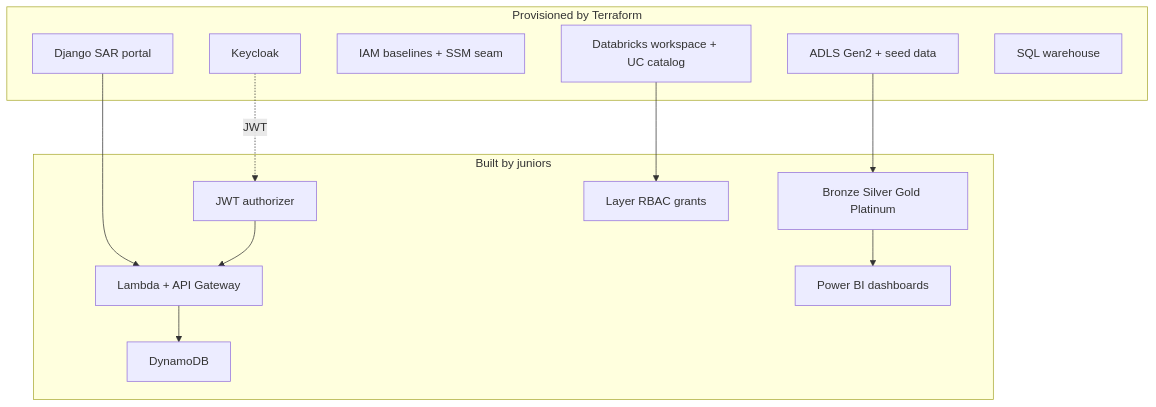
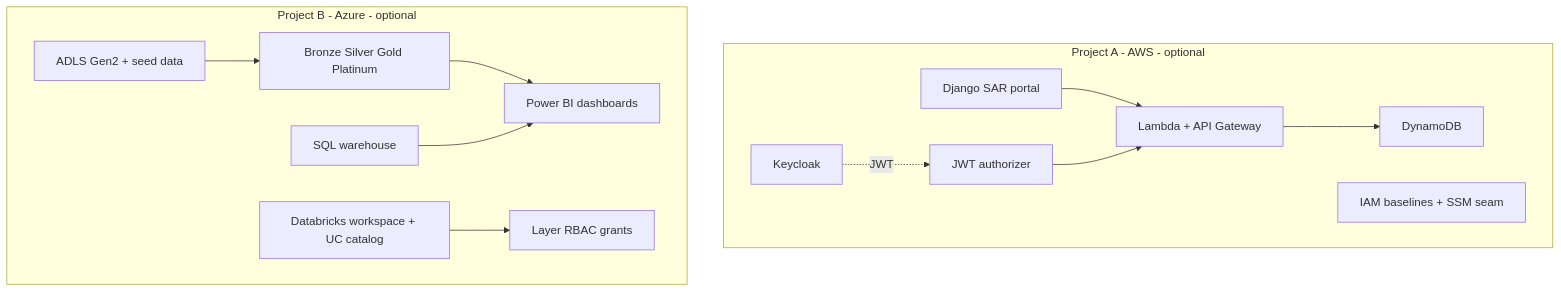
The diagram in docs/architecture.md (Rhiannax3/sandbox-infrastructure-sar-project), drawn with Mermaid before and after one commit. The commit also changed other lines of this file and 8 other files, not shown here.

First line of the commit message:
Separate AWS and Azure setup into independent project tracks.

````diff
--- a/docs/architecture.md
+++ b/docs/architecture.md
@@ -7,26 +9,27 @@
 ```mermaid
 flowchart TB
-  subgraph provisioned [Provisioned by Terraform]
+  subgraph projectA [Project A - AWS - optional]
     django[Django SAR portal]
     keycloak[Keycloak]
     iam[IAM baselines + SSM seam]
-    adls[ADLS Gen2 + seed data]
-    dbx[Databricks workspace + UC catalog]
-    wh[SQL warehouse]
-  end
-  subgraph engineered [Built by juniors]
     lambda[Lambda + API Gateway]
     ddb[DynamoDB]
     jwt[JWT authorizer]
+    django --> lambda
+    lambda --> ddb
+    keycloak -.JWT.-> jwt
+    jwt --> lambda
+  end
+  subgraph projectB [Project B - Azure - optional]
+    adls[ADLS Gen2 + seed data]
+    dbx[Databricks workspace + UC catalog]
     medallion[Bronze Silver Gold Platinum]
     grants[Layer RBAC grants]
     pbi[Power BI dashboards]
+    wh[SQL warehouse]
+    adls --> medallion
+    medallion --> pbi
+    dbx --> grants
+    wh --> pbi
   end
-  django --> lambda
-  lambda --> ddb
-  keycloak -.JWT.-> jwt
-  jwt --> lambda
-  adls --> medallion
-  medallion --> pbi
-  dbx --> grants
 ```
````
